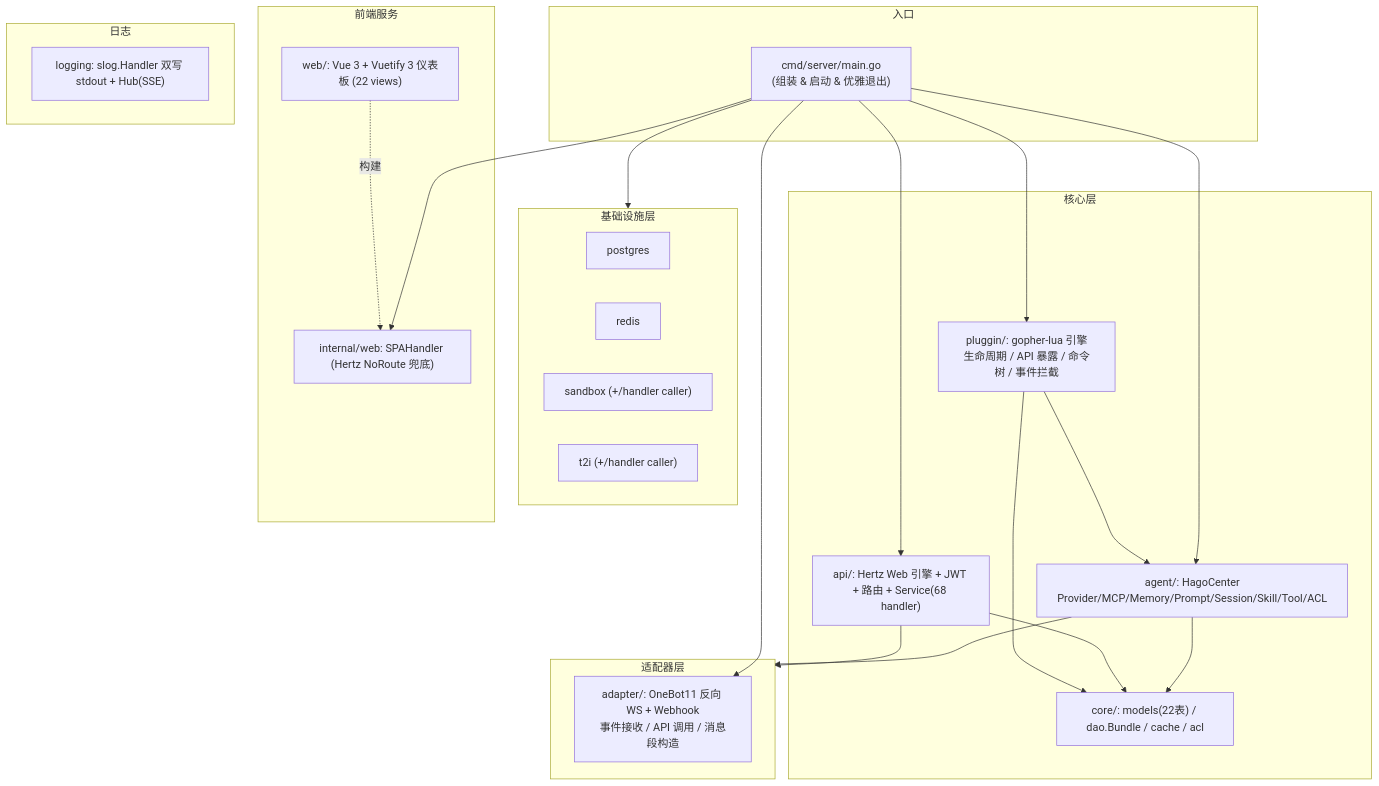
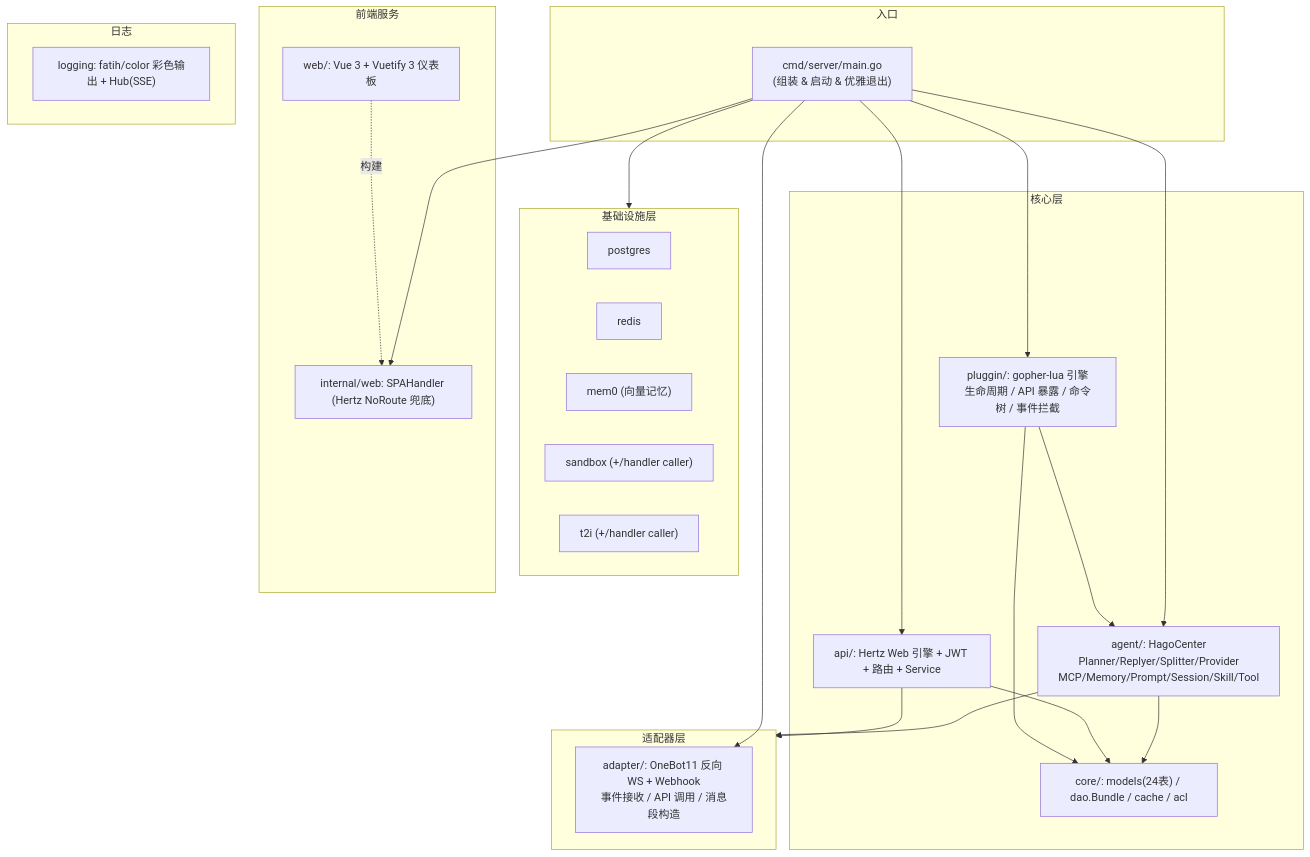
The first of 16 diagrams in docs/project-details.md (JuanNiangDev/JuanNiang-Neo), drawn with Mermaid before and after one commit. The commit also changed other lines of this file and 5 other files, not shown here.

````diff
--- a/docs/project-details.md
+++ b/docs/project-details.md
@@ -13,42 +13,43 @@
 ```mermaid
 flowchart TB
   subgraph Entry["入口"]
     Main["cmd/server/main.go<br/>(组装 & 启动 & 优雅退出)"]
   end
   subgraph Adapter["适配器层"]
     OB["adapter/: OneBot11 反向 WS + Webhook<br/>事件接收 / API 调用 / 消息段构造"]
   end
   subgraph Core["核心层"]
-    API["api/: Hertz Web 引擎 + JWT + 路由 + Service(68 handler)"]
+    API["api/: Hertz Web 引擎 + JWT + 路由 + Service"]
     Plugin["pluggin/: gopher-lua 引擎<br/>生命周期 / API 暴露 / 命令树 / 事件拦截"]
-    Agent["agent/: HagoCenter<br/>Provider/MCP/Memory/Prompt/Session/Skill/Tool/ACL"]
-    CoreLib["core/: models(22表) / dao.Bundle / cache / acl"]
+    Agent["agent/: HagoCenter<br/>Planner/Replyer/Splitter/Provider<br/>MCP/Memory/Prompt/Session/Skill/Tool"]
+    CoreLib["core/: models(24表) / dao.Bundle / cache / acl"]
   end
   subgraph Infra["基础设施层"]
     PG["postgres"]
     Red["redis"]
+    M0["mem0 (向量记忆)"]
     SB["sandbox (+/handler caller)"]
     T2I["t2i (+/handler caller)"]
   end
   subgraph Web["前端服务"]
     SPA["internal/web: SPAHandler (Hertz NoRoute 兜底)"]
-    FE["web/: Vue 3 + Vuetify 3 仪表板 (22 views)"]
+    FE["web/: Vue 3 + Vuetify 3 仪表板"]
   end
   subgraph Logging["日志"]
-    LogHub["logging: slog.Handler 双写 stdout + Hub(SSE)"]
+    LogHub["logging: fatih/color 彩色输出 + Hub(SSE)"]
   end
 
   Main --> OB
   Main --> Agent
   Main --> API
   Main --> Plugin
   Main --> SPA
   Main --> Infra
   Agent --> CoreLib
   API --> CoreLib
   Plugin --> CoreLib
   Plugin --> Agent
   Agent --> Adapter
   API --> Adapter
   FE -.构建.-> SPA
 ```
````
